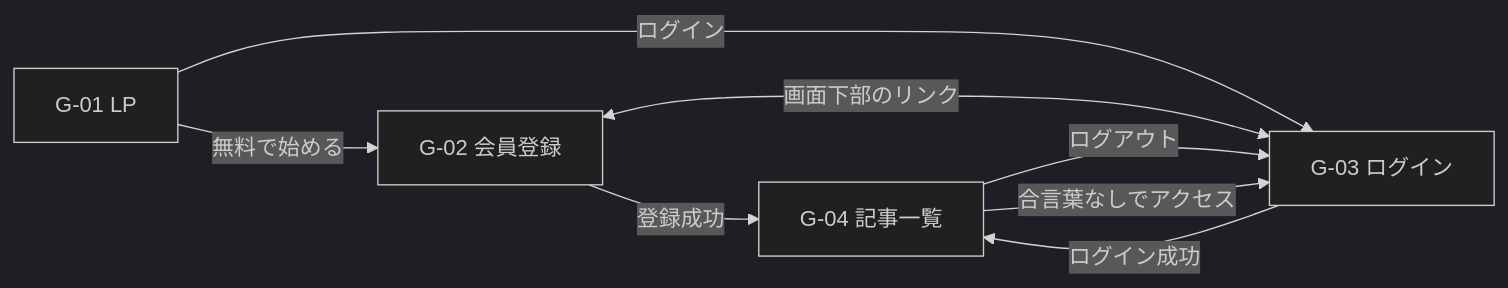
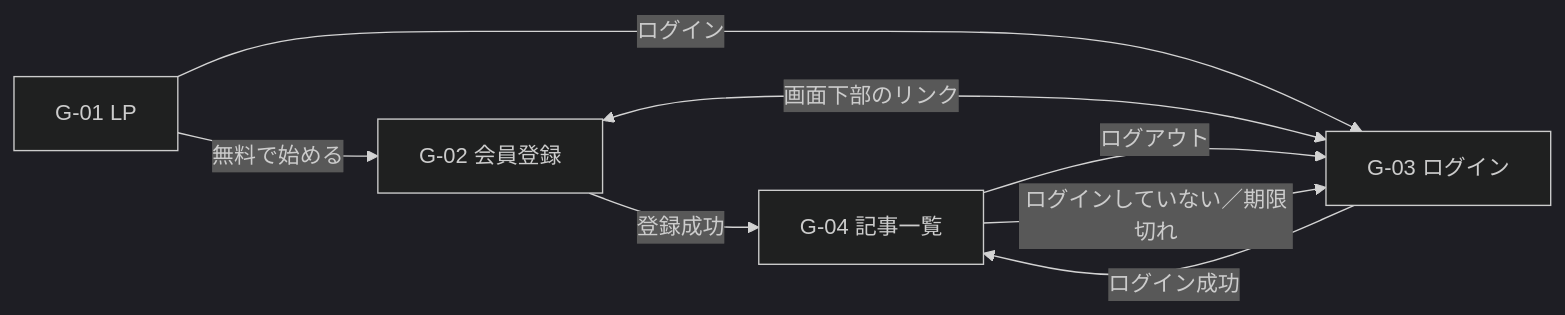
Before and after one commit to H4aruki/MyTechPulse: the diagram in docs/BasicDesignSpecifications/Screen/ScreenList.md, drawn with Mermaid (dark theme). The commit also changed other lines of this file and 20 other files, not shown here.

````diff
--- a/docs/BasicDesignSpecifications/Screen/ScreenList.md
+++ b/docs/BasicDesignSpecifications/Screen/ScreenList.md
@@ -35,10 +35,10 @@
 ```mermaid
 flowchart LR
     G01["G-01 LP"] -->|無料で始める| G02["G-02 会員登録"]
     G01 -->|ログイン| G03["G-03 ログイン"]
     G02 -->|登録成功| G04["G-04 記事一覧"]
     G03 -->|ログイン成功| G04
     G02 <-->|画面下部のリンク| G03
     G04 -->|ログアウト| G03
-    G04 -->|合言葉なしでアクセス| G03
+    G04 -->|ログインしていない／期限切れ| G03
 ```
````
